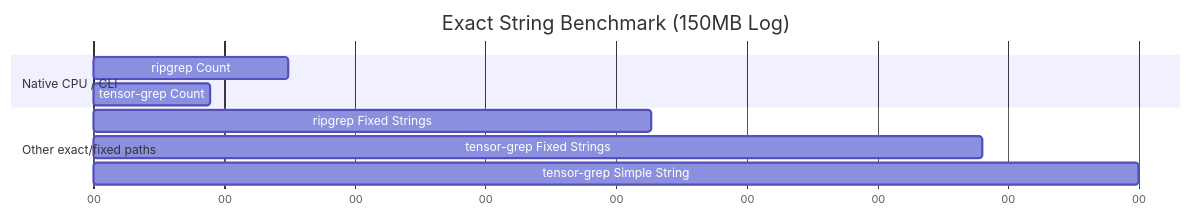
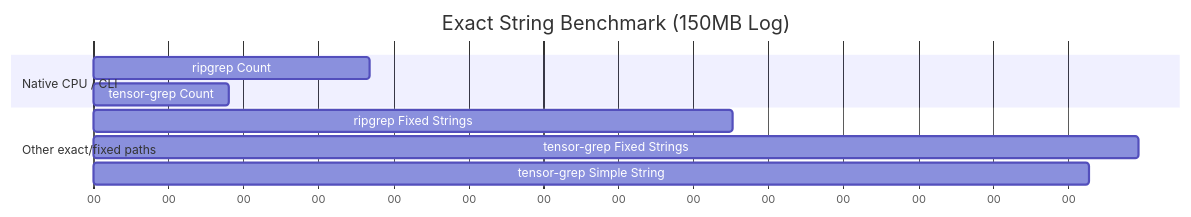
Before and after one commit to oimiragieo/tensor-grep: the third of 3 diagrams in docs/PAPER.md, drawn with Mermaid. The commit also changed other lines of this file and 1 other file, not shown here.

````diff
--- a/docs/PAPER.md
+++ b/docs/PAPER.md
@@ -127,15 +127,15 @@
 ```mermaid
 gantt
     title Exact String Benchmark (150MB Log)
     dateFormat  s
     axisFormat %S
     
     section Native CPU / CLI
-    ripgrep Count              :a1, 0, 0.149s
-    tensor-grep Count          :a2, 0, 0.089s
+    ripgrep Count              :a1, 0, 0.184s
+    tensor-grep Count          :a2, 0, 0.090s
     
     section Other exact/fixed paths
-    ripgrep Fixed Strings      :a3, 0, 0.427s
-    tensor-grep Fixed Strings  :a4, 0, 0.680s
-    tensor-grep Simple String  :a5, 0, 0.800s
+    ripgrep Fixed Strings      :a3, 0, 0.426s
+    tensor-grep Fixed Strings  :a4, 0, 0.697s
+    tensor-grep Simple String  :a5, 0, 0.664s
 ```
````
